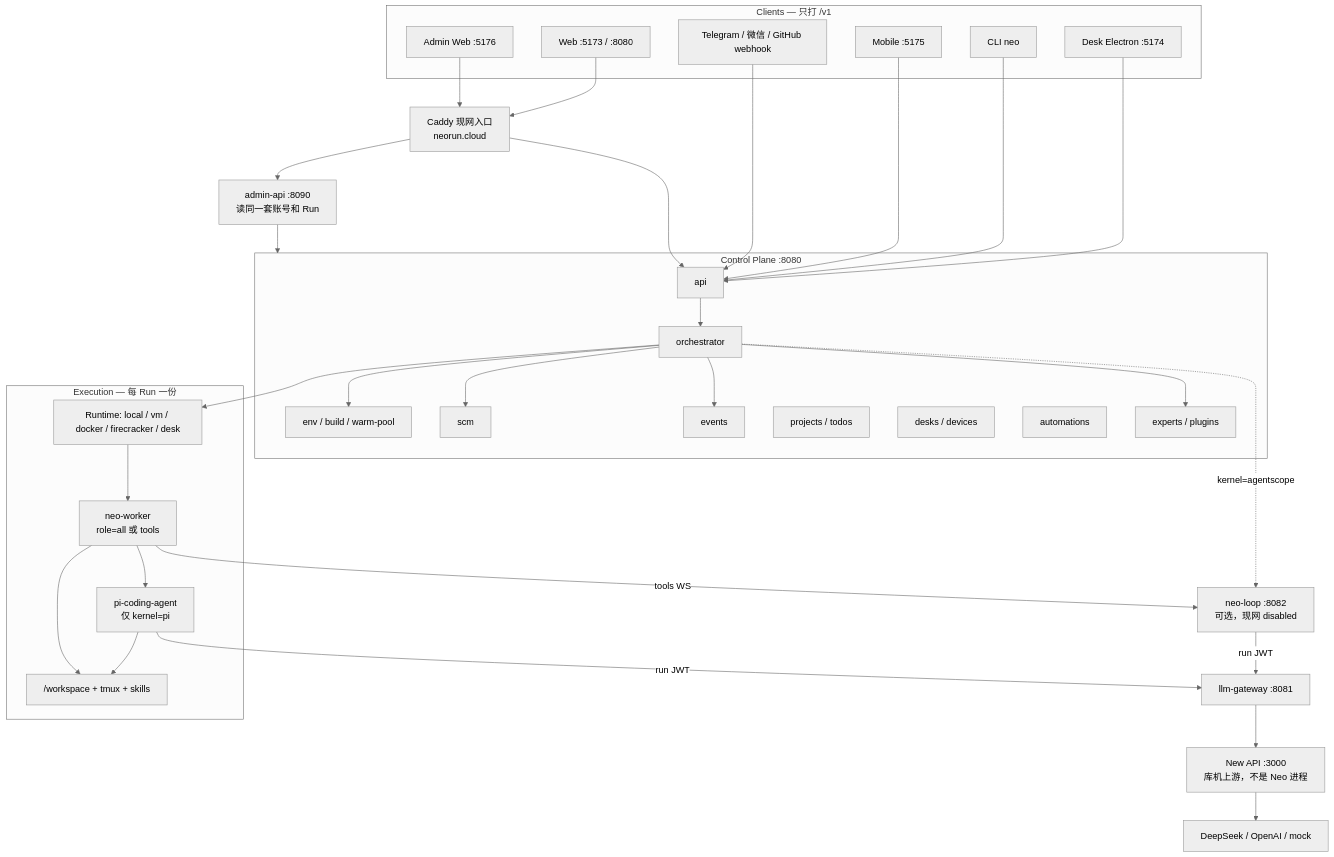
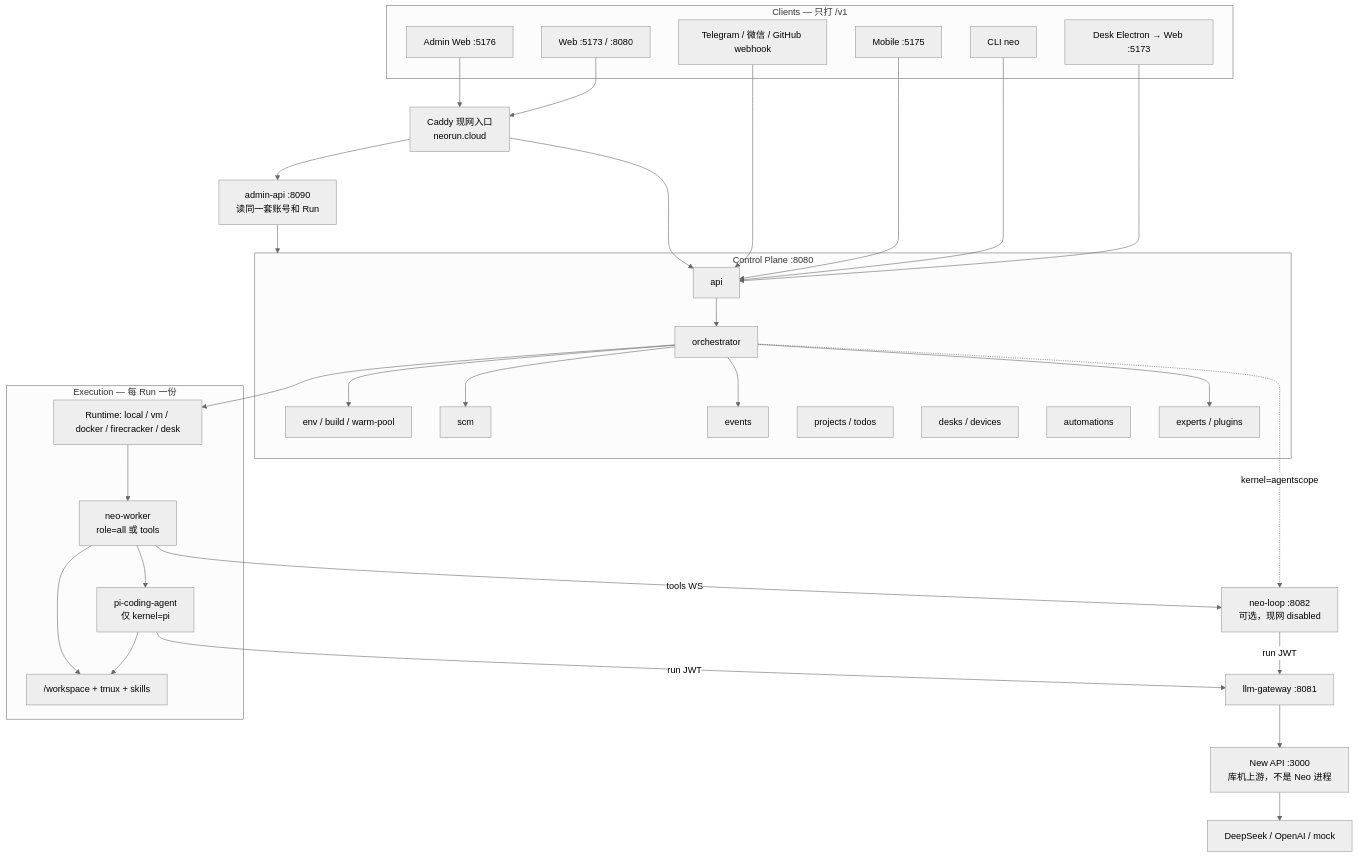
The first of 4 diagrams in docs/architecture-overview.md (Neo2Agent/neo-cloud-agent), drawn with Mermaid (neutral theme) before and after one commit. The commit also changed other lines of this file and 23 other files, not shown here.

First line of the commit message:
feat(clients): make Desk and Mobile shells around the Web UI

````diff
--- a/docs/architecture-overview.md
+++ b/docs/architecture-overview.md
@@ -53,63 +53,63 @@
 ```mermaid
 flowchart TB
   subgraph clients [Clients — 只打 /v1]
     Web["Web :5173 / :8080"]
-    Desk["Desk Electron :5174"]
+    Desk["Desk Electron → Web :5173"]
     CLI["CLI neo"]
     Mobile["Mobile :5175"]
     IM["Telegram / 微信 / GitHub webhook"]
     AdminWeb["Admin Web :5176"]
   end
 
   Caddy["Caddy 现网入口\nneorun.cloud"]
 
   subgraph control [Control Plane :8080]
     API["api"]
     Orch["orchestrator"]
     Env["env / build / warm-pool"]
     SCM["scm"]
     Events["events"]
     Projects["projects / todos"]
     DeskReg["desks / devices"]
     Auto["automations"]
     Experts["experts / plugins"]
   end
 
   AdminAPI["admin-api :8090\n读同一套账号和 Run"]
   Loop["neo-loop :8082\n可选，现网 disabled"]
   GW["llm-gateway :8081"]
   NewAPI["New API :3000\n库机上游，不是 Neo 进程"]
 
   subgraph exec [Execution — 每 Run 一份]
     Runtime["Runtime: local / vm / docker / firecracker / desk"]
     Worker["neo-worker\nrole=all 或 tools"]
     Pi["pi-coding-agent\n仅 kernel=pi"]
     WS["/workspace + tmux + skills"]
   end
 
   Web --> Caddy
   AdminWeb --> Caddy
   Desk --> API
   CLI --> API
   Mobile --> API
   IM --> API
   Caddy --> API
   Caddy --> AdminAPI
   AdminAPI --> control
   API --> Orch
   Orch --> Env
   Orch --> SCM
   Orch --> Events
   Orch --> Experts
   Orch --> Runtime
   Orch -.->|"kernel=agentscope"| Loop
   Runtime --> Worker
   Worker --> Pi
   Worker -->|"tools WS"| Loop
   Pi --> WS
   Worker --> WS
   Pi -->|"run JWT"| GW
   Loop -->|"run JWT"| GW
   GW --> NewAPI
   NewAPI --> Provider["DeepSeek / OpenAI / mock"]
 ```
````
